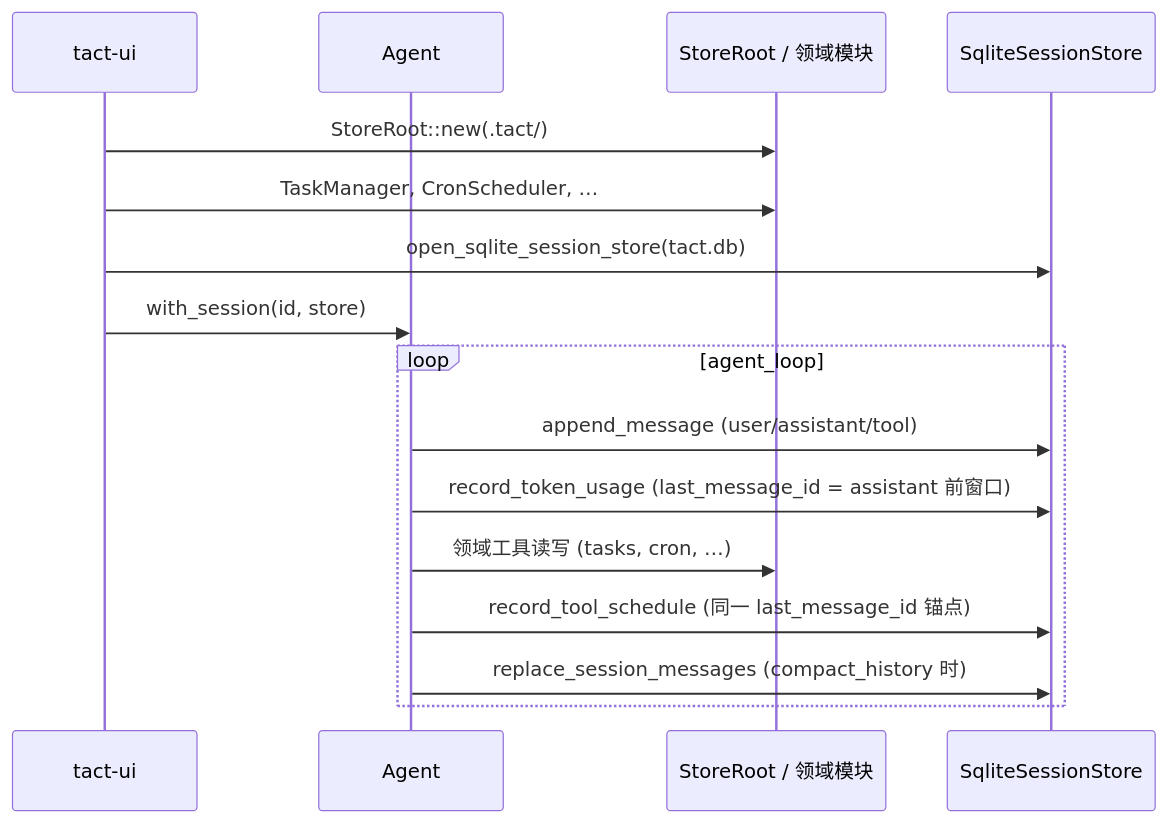
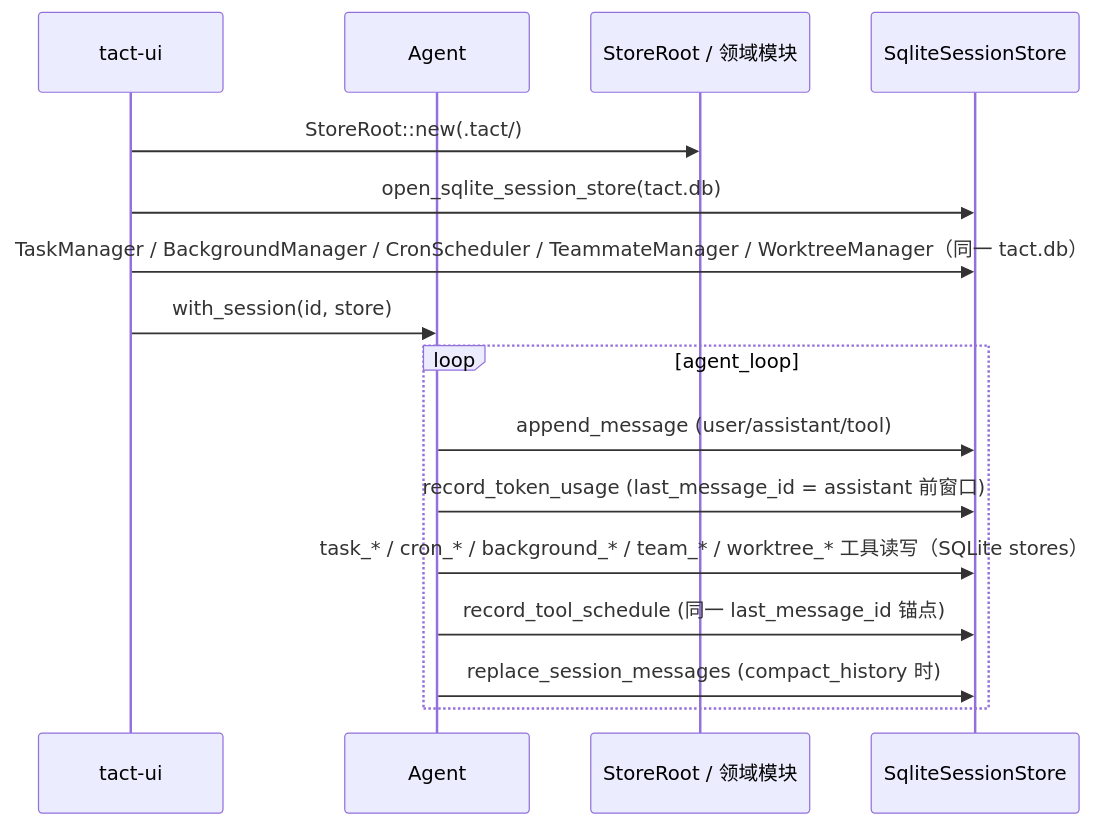
Before and after one commit to rust-infra/tact: the second of 2 diagrams in book/01_chapter_store_zh.md, drawn with Mermaid. The commit also changed other lines of this file and 344 other files, not shown here.

````diff
--- a/book/01_chapter_store_zh.md
+++ b/book/01_chapter_store_zh.md
@@ -178,20 +178,20 @@
 ```mermaid
 sequenceDiagram
     participant TUI as tact-ui
     participant Agent
     participant JSON as StoreRoot / 领域模块
     participant SQL as SqliteSessionStore
 
     TUI->>JSON: StoreRoot::new(.tact/)
-    TUI->>JSON: TaskManager, CronScheduler, …
     TUI->>SQL: open_sqlite_session_store(tact.db)
+    TUI->>SQL: TaskManager / BackgroundManager / CronScheduler / TeammateManager / WorktreeManager（同一 tact.db）
     TUI->>Agent: with_session(id, store)
 
     loop agent_loop
         Agent->>SQL: append_message (user/assistant/tool)
         Agent->>SQL: record_token_usage (last_message_id = assistant 前窗口)
-        Agent->>JSON: 领域工具读写 (tasks, cron, …)
+        Agent->>SQL: task_* / cron_* / background_* / team_* / worktree_* 工具读写（SQLite stores）
         Agent->>SQL: record_tool_schedule (同一 last_message_id 锚点)
         Agent->>SQL: replace_session_messages (compact_history 时)
     end
 ```
````
